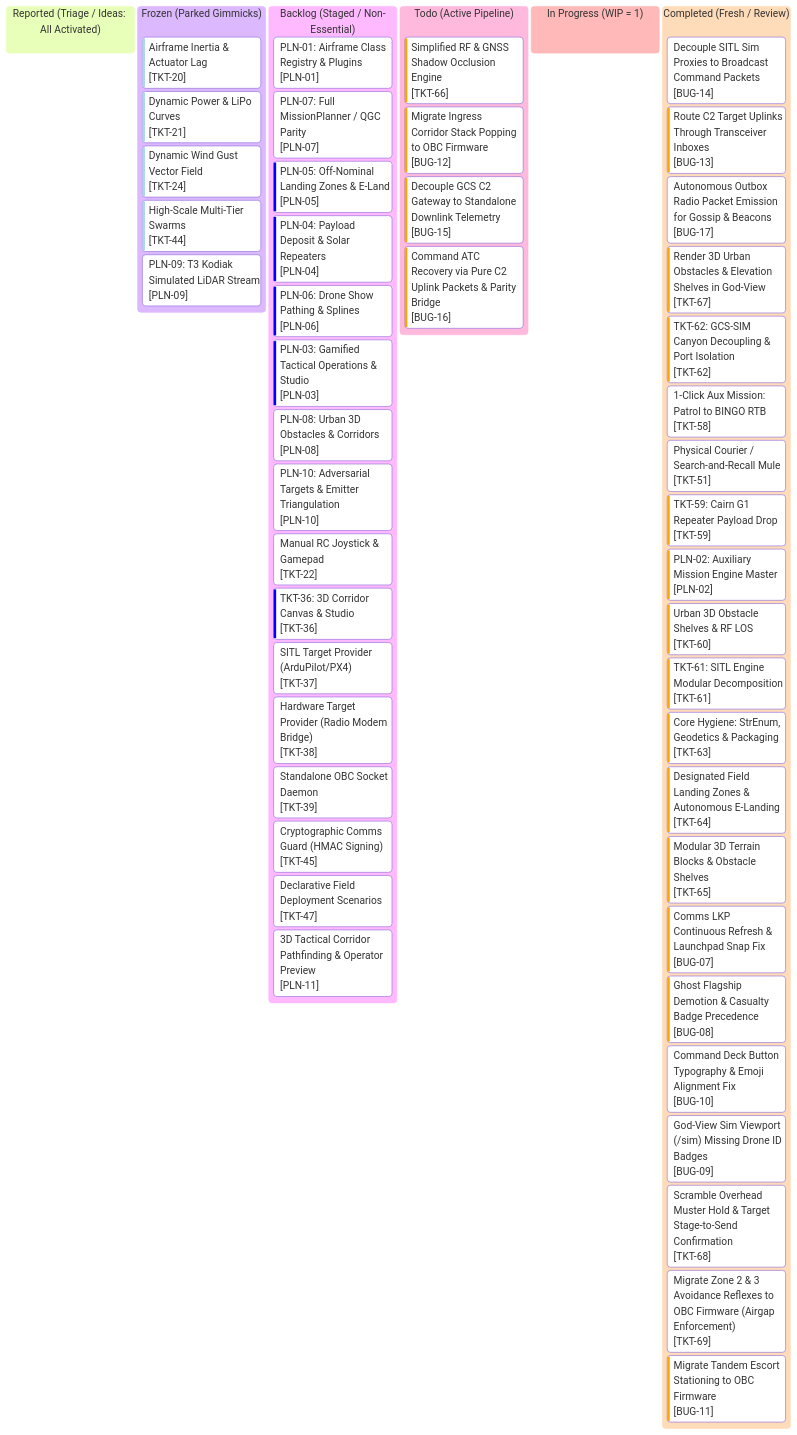
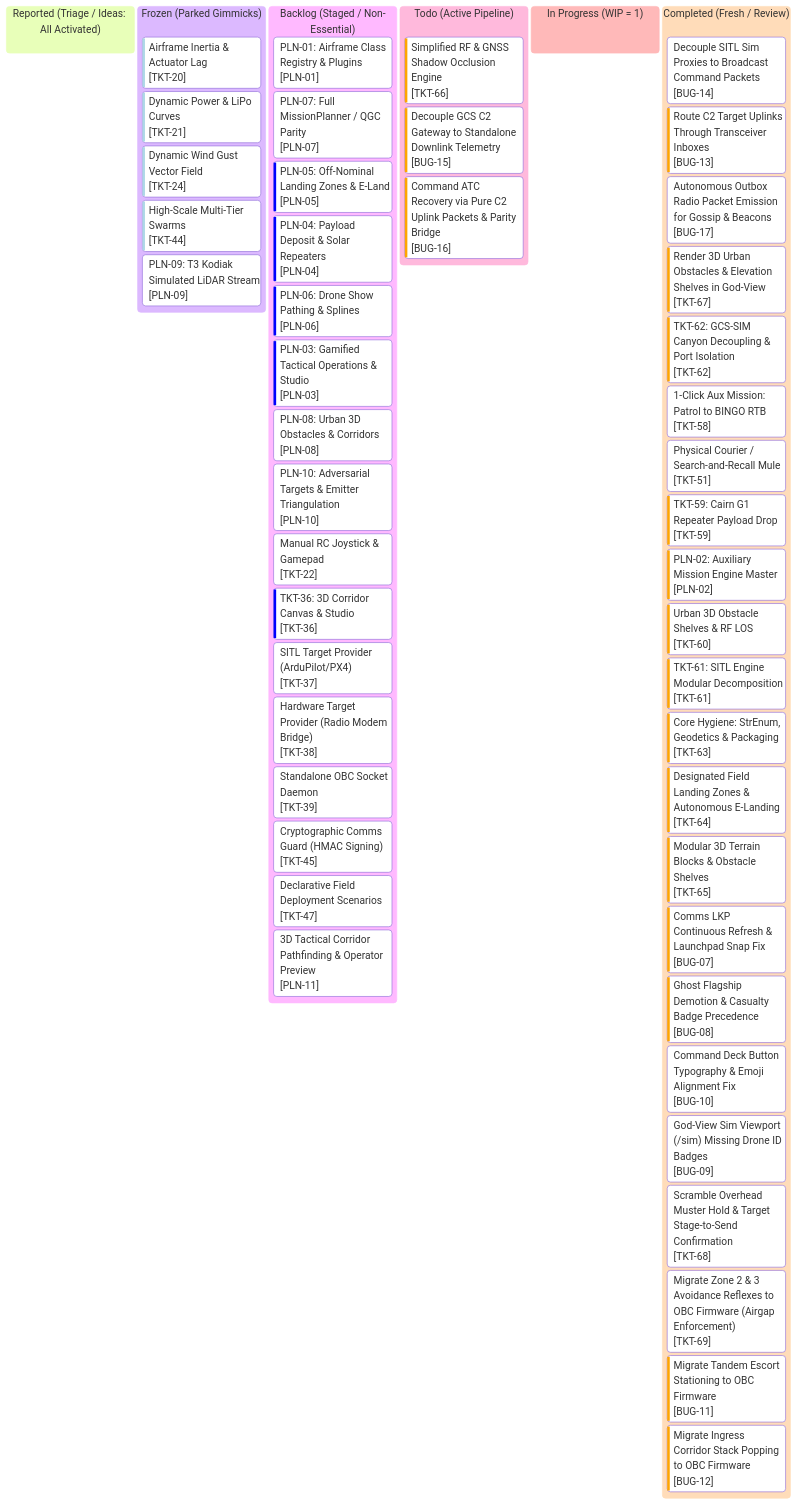
The diagram in roadmap/kanban.md (AlitheiaDeus/AlitheiaHive), drawn with Mermaid before and after one commit. The commit also changed other lines of this file and 6 other files, not shown here.

Commit message:
fix(obc): migrate ingress corridor stack popping to obc firmware (BUG-12 / Red 3)

````diff
--- a/roadmap/kanban.md
+++ b/roadmap/kanban.md
@@ -10,75 +10,75 @@
 ```mermaid
 %%{init: {
   'theme': 'base',
   'themeVariables': {
     'primaryColor': '#0d2235',
     'primaryTextColor': '#d4f4ff',
     'primaryBorderColor': '#00f0ff',
     'lineColor': '#00f0ff',
     'background': '#061019',
     'mainBkg': '#0a1926',
     'secondaryColor': '#081420',
     'secondaryTextColor': '#5a7e96',
     'secondaryBorderColor': '#134e6f',
     'tertiaryColor': '#0e263d',
     'tertiaryTextColor': '#00ffaa',
     'tertiaryBorderColor': '#00ffaa',
     'clusterBkg': '#081420',
     'clusterBorder': '#134e6f',
     'fontFamily': "'JetBrains Mono', 'Courier New', monospace"
   }
 }}%%
 kanban
   reported["Reported (Triage / Ideas: All Activated)"]
   frozen["Frozen (Parked Gimmicks)"]
     tkt20["Airframe Inertia & Actuator Lag"]@{ ticket: '[TKT-20]', priority: 'Very Low' }
     tkt21["Dynamic Power & LiPo Curves"]@{ ticket: '[TKT-21]', priority: 'Very Low' }
     tkt24["Dynamic Wind Gust Vector Field"]@{ ticket: '[TKT-24]', priority: 'Very Low' }
     tkt44["High-Scale Multi-Tier Swarms"]@{ ticket: '[TKT-44]', priority: 'Very Low' }
     pln09["PLN-09: T3 Kodiak Simulated LiDAR Stream"]@{ ticket: '[PLN-09]', priority: 'Medium' }
   backlog["Backlog (Staged / Non-Essential)"]
     pln01["PLN-01: Airframe Class Registry & Plugins"]@{ ticket: '[PLN-01]', priority: 'Medium' }
     pln07["PLN-07: Full MissionPlanner / QGC Parity"]@{ ticket: '[PLN-07]', priority: 'Medium' }
     pln05["PLN-05: Off-Nominal Landing Zones & E-Land"]@{ ticket: '[PLN-05]', priority: 'Low' }
     pln04["PLN-04: Payload Deposit & Solar Repeaters"]@{ ticket: '[PLN-04]', priority: 'Low' }
     pln06["PLN-06: Drone Show Pathing & Splines"]@{ ticket: '[PLN-06]', priority: 'Low' }
     pln03["PLN-03: Gamified Tactical Operations & Studio"]@{ ticket: '[PLN-03]', priority: 'Low' }
     pln08["PLN-08: Urban 3D Obstacles & Corridors"]@{ ticket: '[PLN-08]', priority: 'Medium' }
     pln10["PLN-10: Adversarial Targets & Emitter Triangulation"]@{ ticket: '[PLN-10]', priority: 'Medium' }
     tkt22["Manual RC Joystick & Gamepad"]@{ ticket: '[TKT-22]', priority: 'Medium' }
     tkt36["TKT-36: 3D Corridor Canvas & Studio"]@{ ticket: '[TKT-36]', priority: 'Low' }
     tkt37["SITL Target Provider (ArduPilot/PX4)"]@{ ticket: '[TKT-37]', priority: 'Medium' }
     tkt38["Hardware Target Provider (Radio Modem Bridge)"]@{ ticket: '[TKT-38]', priority: 'Medium' }
     tkt39["Standalone OBC Socket Daemon"]@{ ticket: '[TKT-39]', priority: 'Medium' }
     tkt45["Cryptographic Comms Guard (HMAC Signing)"]@{ ticket: '[TKT-45]', priority: 'Medium' }
     tkt47["Declarative Field Deployment Scenarios"]@{ ticket: '[TKT-47]', priority: 'Medium' }
     pln11["3D Tactical Corridor Pathfinding & Operator Preview"]@{ ticket: '[PLN-11]', priority: 'Medium' }
   todo["Todo (Active Pipeline)"]
     tkt66["Simplified RF & GNSS Shadow Occlusion Engine"]@{ ticket: '[TKT-66]', priority: 'High' }
-    bug12["Migrate Ingress Corridor Stack Popping to OBC Firmware"]@{ ticket: '[BUG-12]', priority: 'High' }
     bug15["Decouple GCS C2 Gateway to Standalone Downlink Telemetry"]@{ ticket: '[BUG-15]', priority: 'High' }
     bug16["Command ATC Recovery via Pure C2 Uplink Packets & Parity Bridge"]@{ ticket: '[BUG-16]', priority: 'High' }
   in_progress["In Progress (WIP = 1)"]
   completed["Completed (Fresh / Review)"]
     bug14["Decouple SITL Sim Proxies to Broadcast Command Packets"]@{ ticket: '[BUG-14]', priority: 'Normal' }
     bug13["Route C2 Target Uplinks Through Transceiver Inboxes"]@{ ticket: '[BUG-13]', priority: 'High' }
     bug17["Autonomous Outbox Radio Packet Emission for Gossip & Beacons"]@{ ticket: '[BUG-17]', priority: 'Normal' }
     tkt67["Render 3D Urban Obstacles & Elevation Shelves in God-View"]@{ ticket: '[TKT-67]', priority: 'High' }
     tkt62["TKT-62: GCS-SIM Canyon Decoupling & Port Isolation"]@{ ticket: '[TKT-62]', priority: 'High' }
     tkt58["1-Click Aux Mission: Patrol to BINGO RTB"]@{ ticket: '[TKT-58]', priority: 'Medium' }
     tkt51["Physical Courier / Search-and-Recall Mule"]@{ ticket: '[TKT-51]', priority: 'Medium' }
     tkt59["TKT-59: Cairn G1 Repeater Payload Drop"]@{ ticket: '[TKT-59]', priority: 'High' }
     pln02["PLN-02: Auxiliary Mission Engine Master"]@{ ticket: '[PLN-02]', priority: 'High' }
     tkt60["Urban 3D Obstacle Shelves & RF LOS"]@{ ticket: '[TKT-60]', priority: 'High' }
     tkt61["TKT-61: SITL Engine Modular Decomposition"]@{ ticket: '[TKT-61]', priority: 'High' }
     tkt63["Core Hygiene: StrEnum, Geodetics & Packaging"]@{ ticket: '[TKT-63]', priority: 'High' }
     tkt64["Designated Field Landing Zones & Autonomous E-Landing"]@{ ticket: '[TKT-64]', priority: 'High' }
     tkt65["Modular 3D Terrain Blocks & Obstacle Shelves"]@{ ticket: '[TKT-65]', priority: 'High' }
     bug07["Comms LKP Continuous Refresh & Launchpad Snap Fix"]@{ ticket: '[BUG-07]', priority: 'High' }
     bug08["Ghost Flagship Demotion & Casualty Badge Precedence"]@{ ticket: '[BUG-08]', priority: 'High' }
     bug10["Command Deck Button Typography & Emoji Alignment Fix"]@{ ticket: '[BUG-10]', priority: 'Normal' }
     bug09["God-View Sim Viewport (/sim) Missing Drone ID Badges"]@{ ticket: '[BUG-09]', priority: 'Normal' }
     tkt68["Scramble Overhead Muster Hold & Target Stage-to-Send Confirmation"]@{ ticket: '[TKT-68]', priority: 'Normal' }
     tkt69["Migrate Zone 2 & 3 Avoidance Reflexes to OBC Firmware (Airgap Enforcement)"]@{ ticket: '[TKT-69]', priority: 'Normal' }
     bug11["Migrate Tandem Escort Stationing to OBC Firmware"]@{ ticket: '[BUG-11]', priority: 'High' }
+    bug12["Migrate Ingress Corridor Stack Popping to OBC Firmware"]@{ ticket: '[BUG-12]', priority: 'High' }
 ```
````
